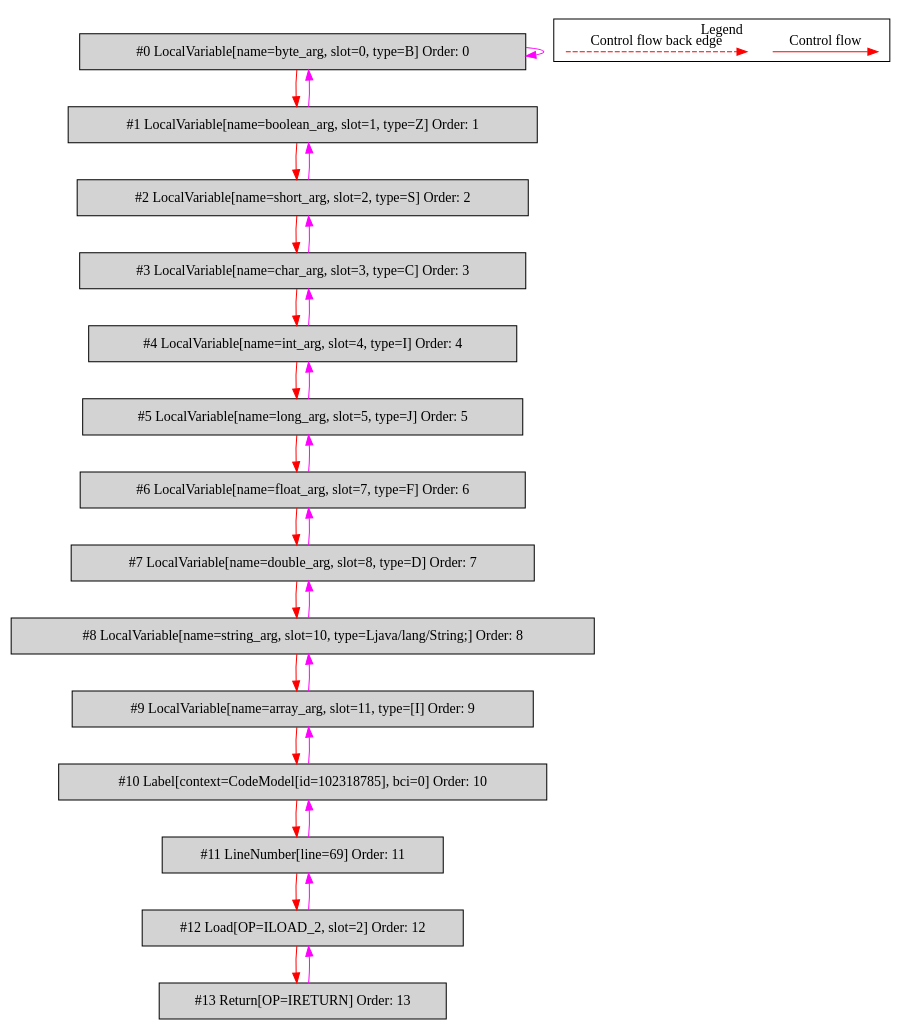
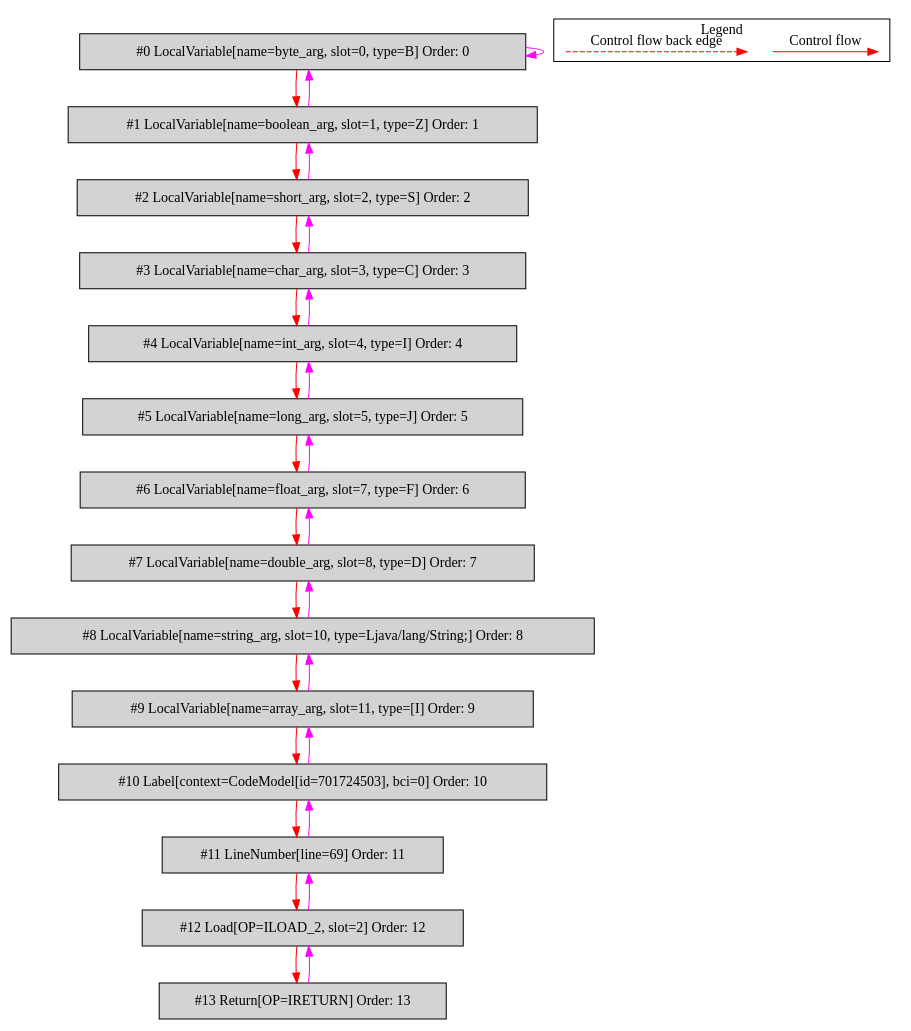
The diagram in de.mirkosertic.metair.ir.examples.MethodInvokeTest/simple_method_return_short/bytecodecfg.dot (mirkosertic/MetaIR), drawn with Graphviz before and after one commit. The commit also changed 477 other files, not shown here.

```diff
--- a/de.mirkosertic.metair.ir.examples.MethodInvokeTest/simple_method_return_short/bytecodecfg.dot
+++ b/de.mirkosertic.metair.ir.examples.MethodInvokeTest/simple_method_return_short/bytecodecfg.dot
@@ -1,58 +1,58 @@
 digraph {
  ordering="in";
  node0[label="#0 LocalVariable[name=byte_arg, slot=0, type=B] Order: 0", shape=box, fillcolor=lightgrey, style=filled];
  node1[label="#1 LocalVariable[name=boolean_arg, slot=1, type=Z] Order: 1", shape=box, fillcolor=lightgrey, style=filled];
  node2[label="#2 LocalVariable[name=short_arg, slot=2, type=S] Order: 2", shape=box, fillcolor=lightgrey, style=filled];
  node3[label="#3 LocalVariable[name=char_arg, slot=3, type=C] Order: 3", shape=box, fillcolor=lightgrey, style=filled];
  node4[label="#4 LocalVariable[name=int_arg, slot=4, type=I] Order: 4", shape=box, fillcolor=lightgrey, style=filled];
  node5[label="#5 LocalVariable[name=long_arg, slot=5, type=J] Order: 5", shape=box, fillcolor=lightgrey, style=filled];
  node6[label="#6 LocalVariable[name=float_arg, slot=7, type=F] Order: 6", shape=box, fillcolor=lightgrey, style=filled];
  node7[label="#7 LocalVariable[name=double_arg, slot=8, type=D] Order: 7", shape=box, fillcolor=lightgrey, style=filled];
  node8[label="#8 LocalVariable[name=string_arg, slot=10, type=Ljava/lang/String;] Order: 8", shape=box, fillcolor=lightgrey, style=filled];
  node9[label="#9 LocalVariable[name=array_arg, slot=11, type=[I] Order: 9", shape=box, fillcolor=lightgrey, style=filled];
- node10[label="#10 Label[context=CodeModel[id=102318785], bci=0] Order: 10", shape=box, fillcolor=lightgrey, style=filled];
+ node10[label="#10 Label[context=CodeModel[id=701724503], bci=0] Order: 10", shape=box, fillcolor=lightgrey, style=filled];
  node11[label="#11 LineNumber[line=69] Order: 11", shape=box, fillcolor=lightgrey, style=filled];
  node12[label="#12 Load[OP=ILOAD_2, slot=2] Order: 12", shape=box, fillcolor=lightgrey, style=filled];
  node13[label="#13 Return[OP=IRETURN] Order: 13", shape=box, fillcolor=lightgrey, style=filled];
  node0 -> node0[color=fuchsia];
  node0 -> node1[color=red];
  node1 -> node0[color=fuchsia];
  node1 -> node2[color=red];
  node2 -> node1[color=fuchsia];
  node2 -> node3[color=red];
  node3 -> node2[color=fuchsia];
  node3 -> node4[color=red];
  node4 -> node3[color=fuchsia];
  node4 -> node5[color=red];
  node5 -> node4[color=fuchsia];
  node5 -> node6[color=red];
  node6 -> node5[color=fuchsia];
  node6 -> node7[color=red];
  node7 -> node6[color=fuchsia];
  node7 -> node8[color=red];
  node8 -> node7[color=fuchsia];
  node8 -> node9[color=red];
  node9 -> node8[color=fuchsia];
  node9 -> node10[color=red];
  node10 -> node9[color=fuchsia];
  node10 -> node11[color=red];
  node11 -> node10[color=fuchsia];
  node11 -> node12[color=red];
  node12 -> node11[color=fuchsia];
  node12 -> node13[color=red];
  node13 -> node12[color=fuchsia];
  subgraph cluster_000 {
   label = "Legend";
   node [shape=point]
   {
    rank=same;
    c0 [style = invis];
    c1 [style = invis];
    c2 [style = invis];
    c3 [style = invis];
   }
   c0 -> c1 [label="Control flow", style=solid, color=red]
   c2 -> c3 [label="Control flow back edge", style=dashed, color=red]
  }
 
 }
```
